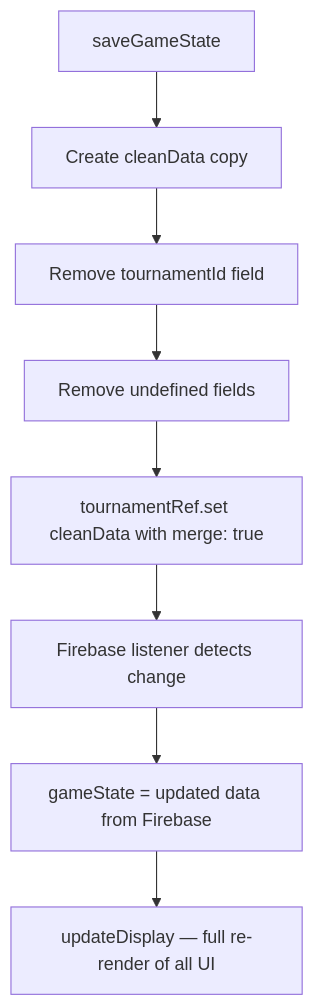
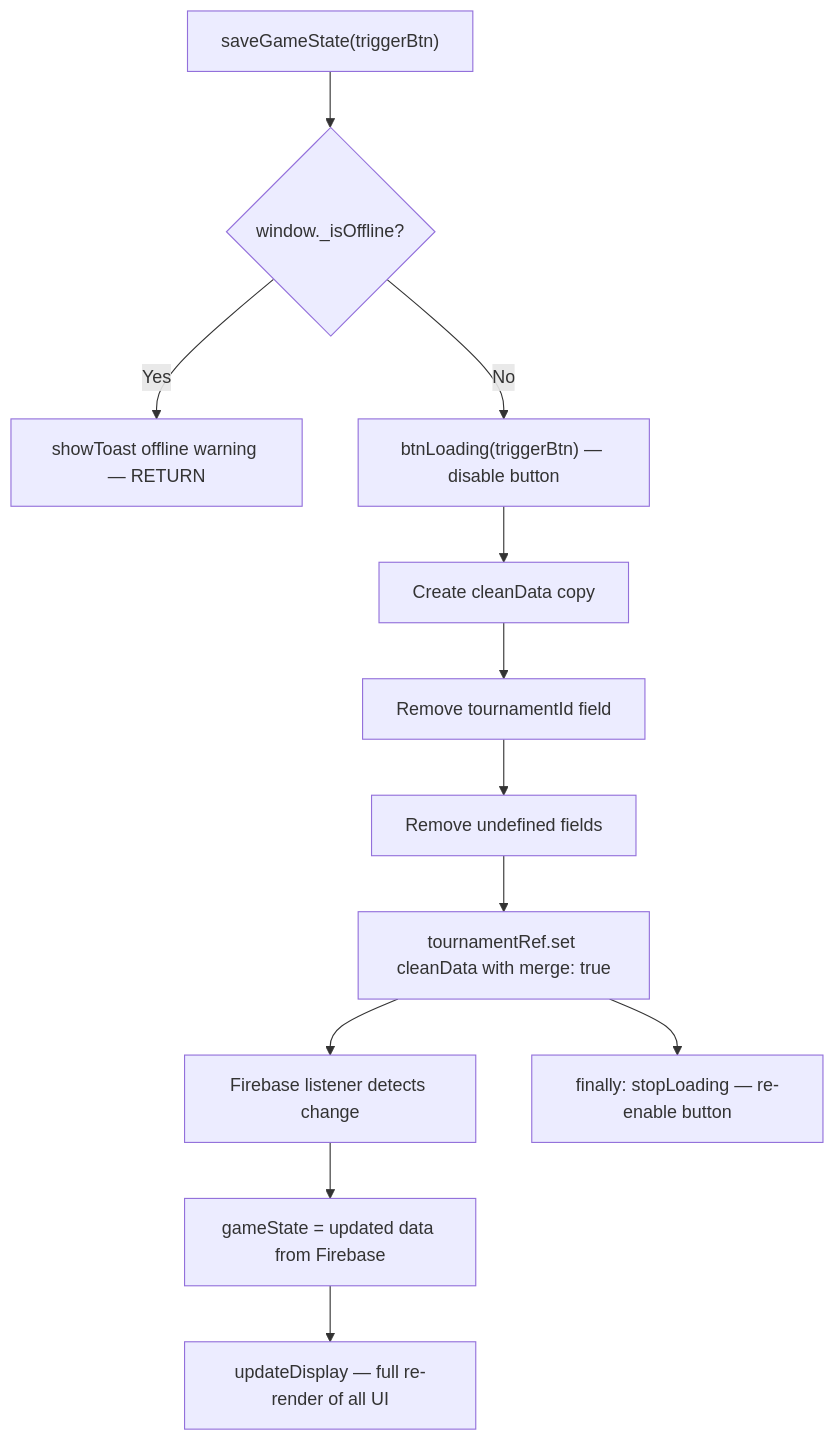
One commit to LNiitlahti/BoardGame changed the eighth of 10 diagrams in BoardGame/docs/architecture/admin-lightweight.md. Above: the diagram before and after it, drawn with Mermaid. The commit also changed other lines of this file and 17 other files, not shown here.

````diff
--- a/BoardGame/docs/architecture/admin-lightweight.md
+++ b/BoardGame/docs/architecture/admin-lightweight.md
@@ -146,10 +146,14 @@
 ```mermaid
 flowchart TD
-    A[saveGameState] --> B[Create cleanData copy]
+    A["saveGameState(triggerBtn)"] --> A2{"window._isOffline?"}
+    A2 -->|Yes| A3["showToast offline warning — RETURN"]
+    A2 -->|No| A4["btnLoading(triggerBtn) — disable button"]
+    A4 --> B[Create cleanData copy]
     B --> C[Remove tournamentId field]
     C --> D[Remove undefined fields]
     D --> E["tournamentRef.set cleanData with merge: true"]
     E --> F[Firebase listener detects change]
     F --> G[gameState = updated data from Firebase]
     G --> H["updateDisplay — full re-render of all UI"]
+    E --> I["finally: stopLoading — re-enable button"]
 ```
````
